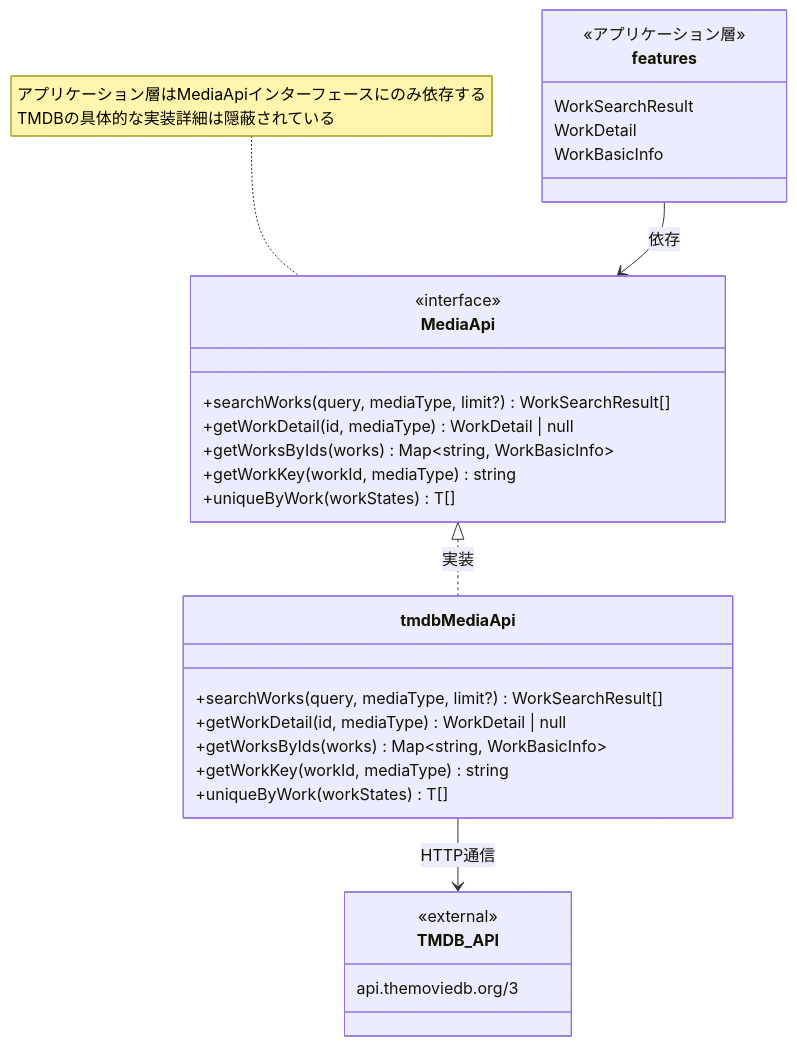
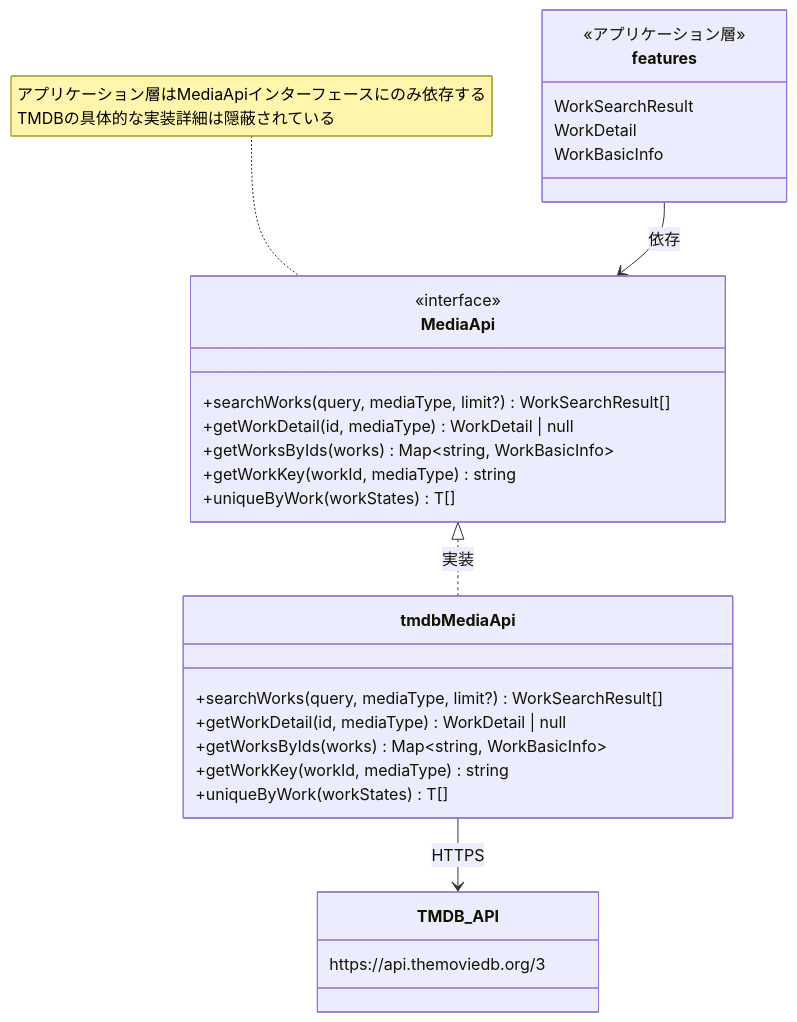
The first of 2 diagrams in docs/media-api-class.md (shiropan029/tsumi-friends-public), drawn with Mermaid before and after one commit.

Commit message:
クラス図修正

````diff
--- a/docs/media-api-class.md
+++ b/docs/media-api-class.md
@@ -3,40 +3,39 @@
 ```mermaid
 classDiagram
     direction TB
 
     class MediaApi {
         <<interface>>
         +searchWorks(query, mediaType, limit?) WorkSearchResult[]
         +getWorkDetail(id, mediaType) WorkDetail | null
         +getWorksByIds(works) Map~string, WorkBasicInfo~
         +getWorkKey(workId, mediaType) string
         +uniqueByWork(workStates) T[]
     }
 
     class tmdbMediaApi {
         +searchWorks(query, mediaType, limit?) WorkSearchResult[]
         +getWorkDetail(id, mediaType) WorkDetail | null
         +getWorksByIds(works) Map~string, WorkBasicInfo~
         +getWorkKey(workId, mediaType) string
         +uniqueByWork(workStates) T[]
     }
 
     class features {
         <<アプリケーション層>>
         WorkSearchResult
         WorkDetail
         WorkBasicInfo
     }
 
     class TMDB_API {
-        <<external>>
-        api.themoviedb.org/3
+        https://api.themoviedb.org/3
     }
 
     MediaApi <|.. tmdbMediaApi : 実装
-    tmdbMediaApi --> TMDB_API : HTTP通信
+    tmdbMediaApi --> TMDB_API : HTTPS
     features --> MediaApi : 依存
 
     note for MediaApi "アプリケーション層はMediaApiインターフェースにのみ依存する
 TMDBの具体的な実装詳細は隠蔽されている"
 ```
````
